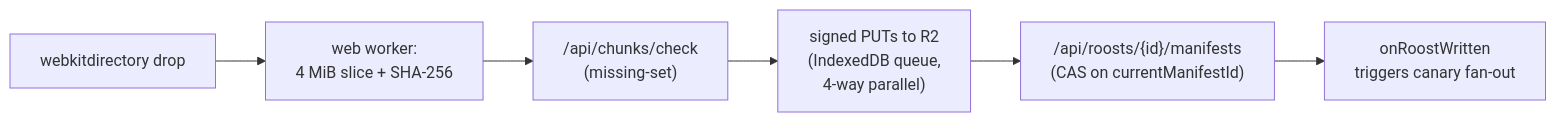
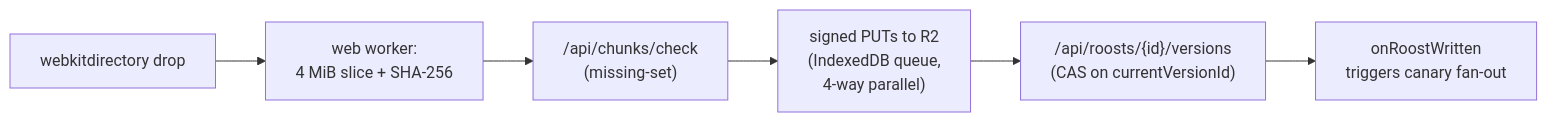
One commit to theexperiential/owlette changed the ninth of 10 diagrams in docs/architecture.md. Above: the diagram before and after it, drawn with Mermaid. The commit also changed other lines of this file and 77 other files, not shown here.

````diff
--- a/docs/architecture.md
+++ b/docs/architecture.md
@@ -408,8 +427,8 @@
 ```mermaid
 flowchart LR
     Drop["webkitdirectory drop"] --> Worker["web worker:\n4 MiB slice + SHA-256"]
     Worker --> Check["/api/chunks/check\n(missing-set)"]
     Check --> Upload["signed PUTs to R2\n(IndexedDB queue,\n4-way parallel)"]
-    Upload --> Finalize["/api/roosts/{id}/manifests\n(CAS on currentManifestId)"]
+    Upload --> Finalize["/api/roosts/{id}/versions\n(CAS on currentVersionId)"]
     Finalize --> Trigger["onRoostWritten\ntriggers canary fan-out"]
 ```
````
